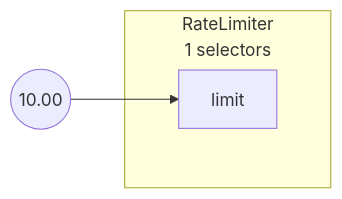
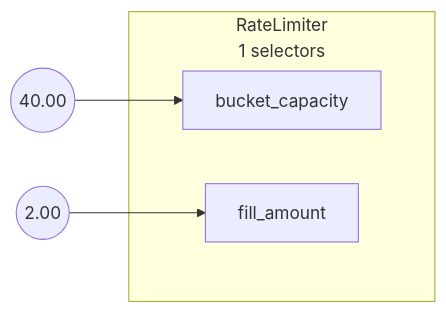
Before and after one commit to dataongunlaws/aperture: the diagram in docs/content/applying-policies/rate-limiting/assets/graphql-rate-limiting/graphql-rate-limiting-jwt.mmd, drawn with Mermaid. The commit also changed 187 other files, not shown here.

```diff
--- a/docs/content/applying-policies/rate-limiting/assets/graphql-rate-limiting/graphql-rate-limiting-jwt.mmd
+++ b/docs/content/applying-policies/rate-limiting/assets/graphql-rate-limiting/graphql-rate-limiting-jwt.mmd
@@ -1,9 +1,12 @@
 flowchart LR
 subgraph root.0[<center>RateLimiter<br/>1 selectors</center>]
 subgraph root.0_inports[ ]
 style root.0_inports fill:none,stroke:none
-root.0limit[limit]
+root.0bucket_capacity[bucket_capacity]
+root.0fill_amount[fill_amount]
 end
 end
-root.0_limit_FakeConstantout((10.00))
-root.0_limit_FakeConstantout --> root.0limit
+root.0_bucket_capacity_FakeConstantout((40.00))
+root.0_fill_amount_FakeConstantout((2.00))
+root.0_bucket_capacity_FakeConstantout --> root.0bucket_capacity
+root.0_fill_amount_FakeConstantout --> root.0fill_amount
```
